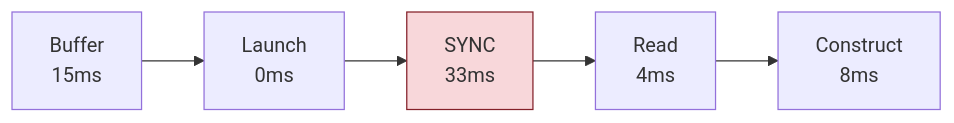
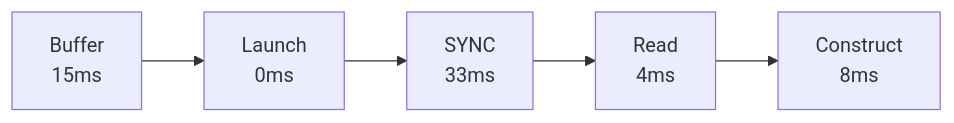
Before and after one commit to alirezaazadi/renoir: diagram 15 of 45 in docs/GPU_MAP_OPERATOR.md, drawn with Mermaid. The commit also changed other lines of this file, not shown here.

Commit message:
doc: fix the mermaid charts issues

````diff
--- a/docs/GPU_MAP_OPERATOR.md
+++ b/docs/GPU_MAP_OPERATOR.md
@@ -1463,5 +1425,4 @@
 ```mermaid
 flowchart LR
-    A["Buffer\n15ms"] --> B["Launch\n0ms"] --> C["SYNC\n33ms"] --> D["Read\n4ms"] --> E["Construct\n8ms"]
-    style C fill:#f8d7da,stroke:#842029
+    A["Buffer<br/>15ms"] --> B["Launch<br/>0ms"] --> C["SYNC<br/>33ms"] --> D["Read<br/>4ms"] --> E["Construct<br/>8ms"]
 ```
````
